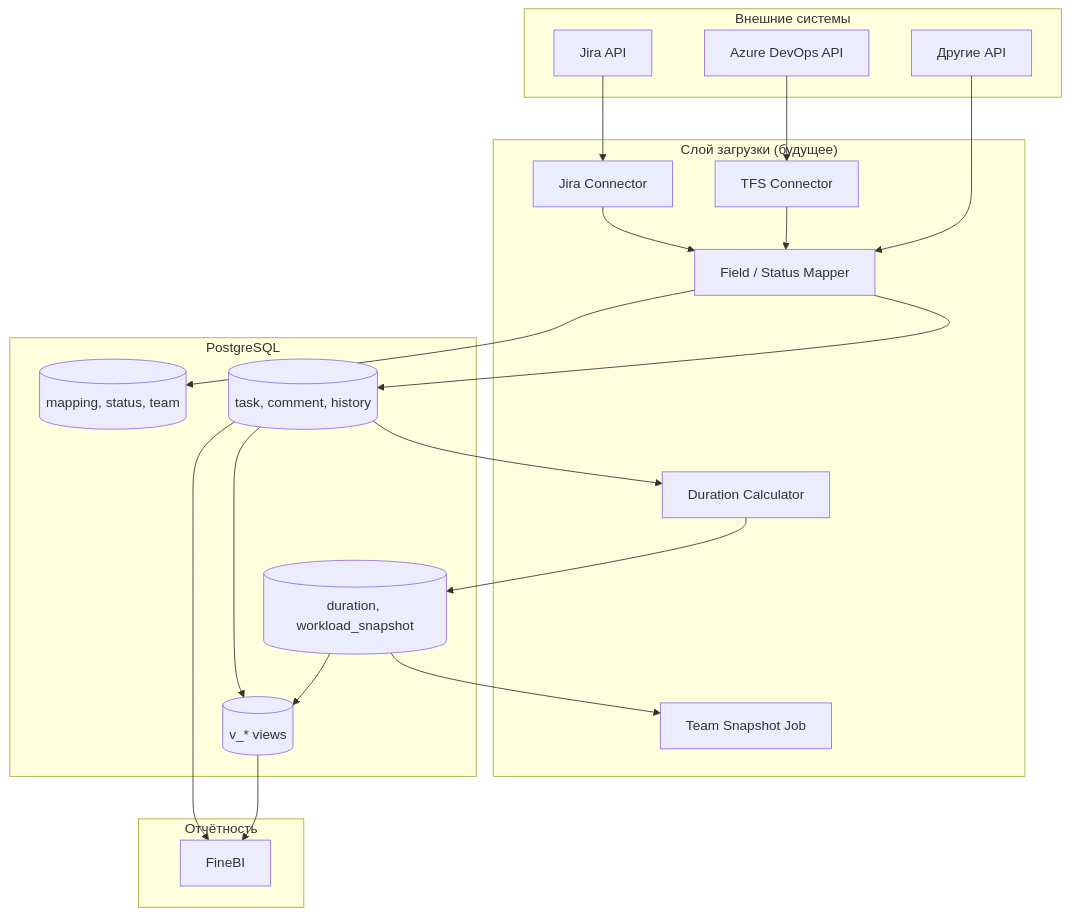
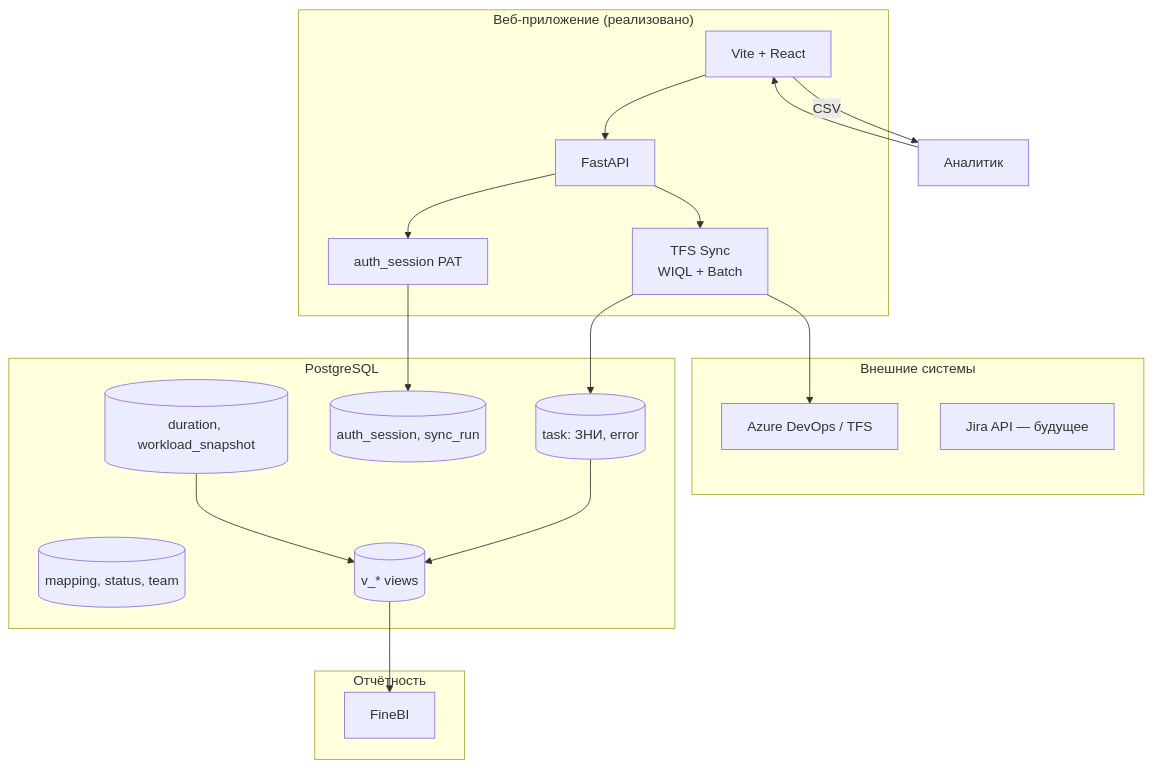
The third of 4 diagrams in docs/uml-diagram.md (volchonok16/reporting), drawn with Mermaid before and after one commit. The commit also changed other lines of this file and 15 other files, not shown here.

````diff
--- a/docs/uml-diagram.md
+++ b/docs/uml-diagram.md
@@ -157,42 +176,38 @@
 ```mermaid
 flowchart TB
     subgraph External["Внешние системы"]
-        Jira[Jira API]
-        TFS[Azure DevOps API]
-        Other[Другие API]
+        TFS[Azure DevOps / TFS]
+        Jira[Jira API — будущее]
     end
 
-    subgraph ETL["Слой загрузки (будущее)"]
-        ConnectorJ[Jira Connector]
-        ConnectorT[TFS Connector]
-        Mapper[Field / Status Mapper]
-        DurationJob[Duration Calculator]
-        SnapshotJob[Team Snapshot Job]
+    subgraph Web["Веб-приложение (реализовано)"]
+        FE[Vite + React]
+        API[FastAPI]
+        Sync[TFS Sync\nWIQL + Batch]
+        Auth[auth_session PAT]
     end
 
     subgraph Storage["PostgreSQL"]
-        Core[(task, comment, history)]
+        Core[(task: ЗНИ, error)]
         Ref[(mapping, status, team)]
+        App[(auth_session, sync_run)]
         Metrics[(duration, workload_snapshot)]
         Views[(v_* views)]
     end
 
     subgraph BI["Отчётность"]
         FineBI[FineBI]
     end
 
-    Jira --> ConnectorJ
-    TFS --> ConnectorT
-    Other --> Mapper
-    ConnectorJ --> Mapper
-    ConnectorT --> Mapper
-    Mapper --> Core
-    Mapper --> Ref
-    Core --> DurationJob
-    DurationJob --> Metrics
-    Metrics --> SnapshotJob
+    Analyst[Аналитик] --> FE
+    FE --> API
+    API --> Auth
+    API --> Sync
+    Sync --> TFS
+    Sync --> Core
+    Auth --> App
     Core --> Views
     Metrics --> Views
     Views --> FineBI
-    Core --> FineBI
+    FE -->|CSV| Analyst
 ```
````
